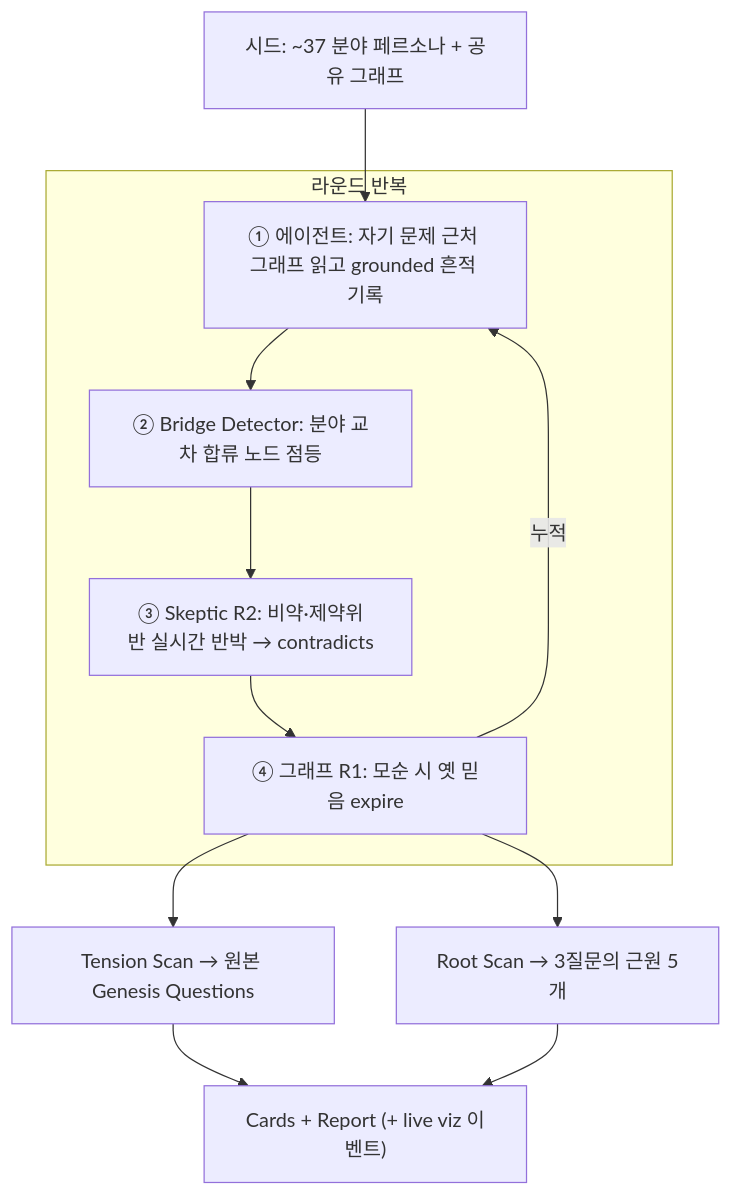
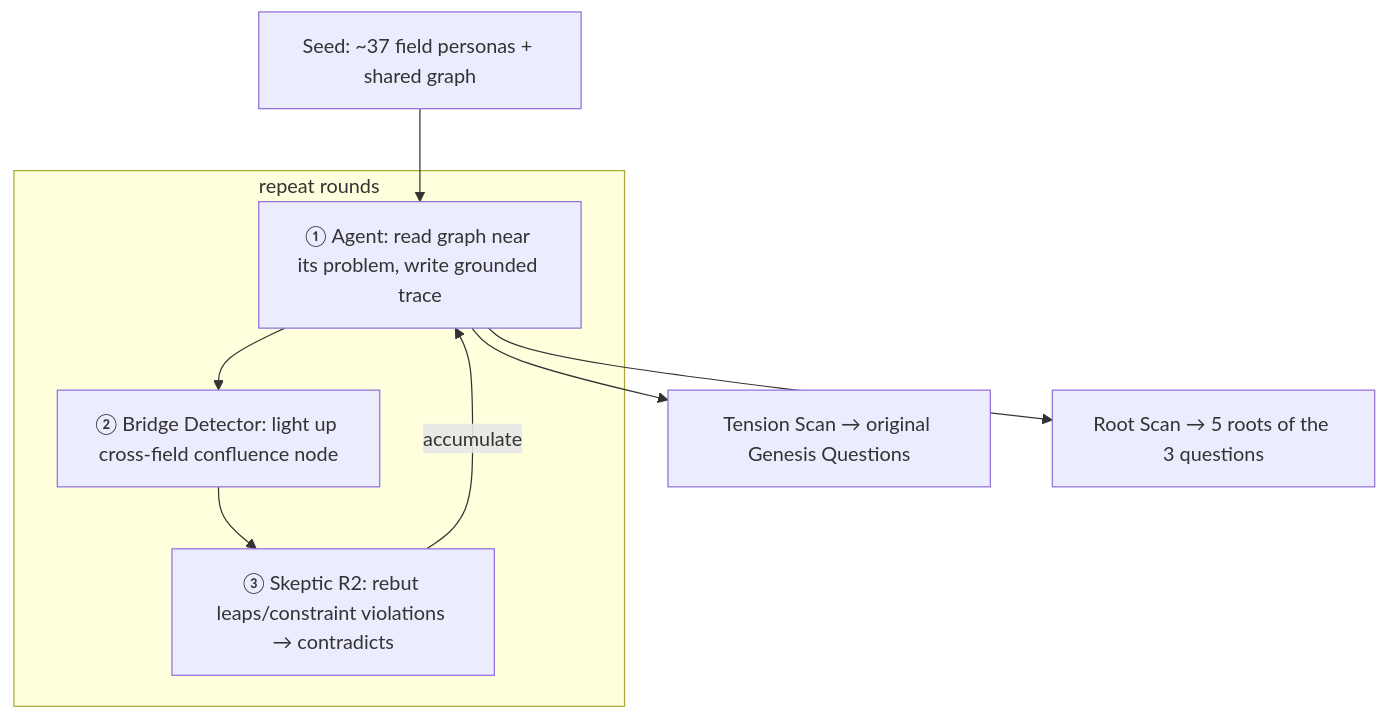
The sixth of 6 diagrams in architecture.md (seyeong-han/Genesis), drawn with Mermaid before and after one commit. The commit also changed other lines of this file and 11 other files, not shown here.

````diff
--- a/architecture.md
+++ b/architecture.md
@@ -88,14 +278,11 @@
 ```mermaid
 flowchart TD
-    S["시드: ~37 분야 페르소나 + 공유 그래프"] --> R1
-    subgraph loop [라운드 반복]
-        R1["① 에이전트: 자기 문제 근처 그래프 읽고 grounded 흔적 기록"] --> R2
-        R2["② Bridge Detector: 분야 교차 합류 노드 점등"] --> R3
-        R3["③ Skeptic R2: 비약·제약위반 실시간 반박 → contradicts"] --> R4
-        R4["④ 그래프 R1: 모순 시 옛 믿음 expire"] -->|누적| R1
+    S["Seed: ~37 field personas + shared graph"] --> R1
+    subgraph loop [repeat rounds]
+        R1["① Agent: read graph near its problem, write grounded trace"] --> R2
+        R2["② Bridge Detector: light up cross-field confluence node"] --> R3
+        R3["③ Skeptic R2: rebut leaps/constraint violations → contradicts"] -->|accumulate| R1
     end
-    R4 --> T["Tension Scan → 원본 Genesis Questions"]
-    R4 --> RT["Root Scan → 3질문의 근원 5개"]
-    T --> O["Cards + Report (+ live viz 이벤트)"]
-    RT --> O
+    R1 --> T["Tension Scan → original Genesis Questions"]
+    R1 --> RT["Root Scan → 5 roots of the 3 questions"]
 ```
````
